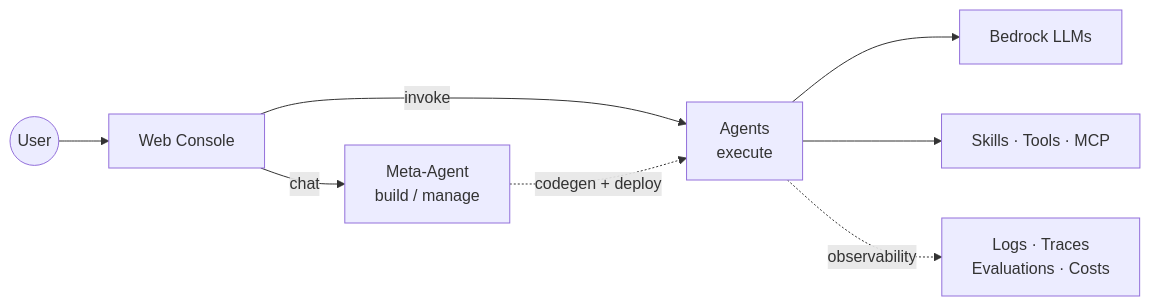
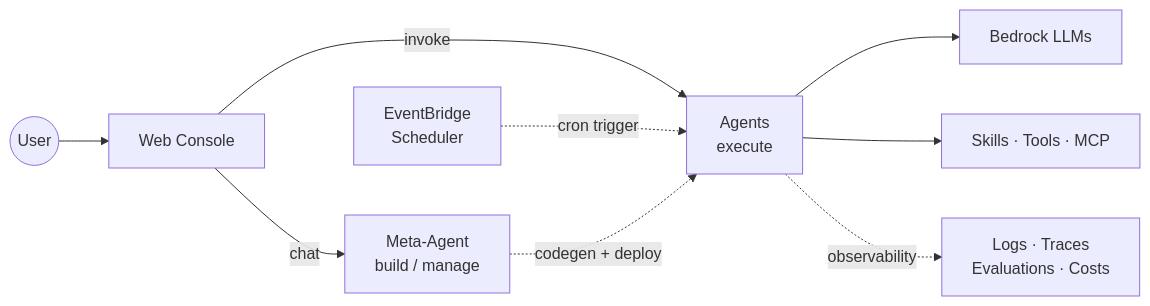
One commit to ddpie/agent-studio changed the second of 2 diagrams in README.md. Above: the diagram before and after it, drawn with Mermaid. The commit also changed other lines of this file, not shown here.

Commit message:
docs(readme): surface EventBridge scheduled triggers in arch diagrams

````diff
--- a/README.md
+++ b/README.md
@@ -102,10 +104,12 @@
 ```mermaid
 graph LR
     User((User)) --> Web[Web Console]
+    EB[EventBridge<br/>Scheduler]
     Web -->|chat| Meta[Meta-Agent<br/>build / manage]
     Web -->|invoke| Agents[Agents<br/>execute]
+    EB -.cron trigger.-> Agents
     Meta -.codegen + deploy.-> Agents
     Agents --> LLM[Bedrock LLMs]
     Agents --> Ext[Skills · Tools · MCP]
     Agents -.observability.-> Obs[Logs · Traces<br/>Evaluations · Costs]
 ```
````
